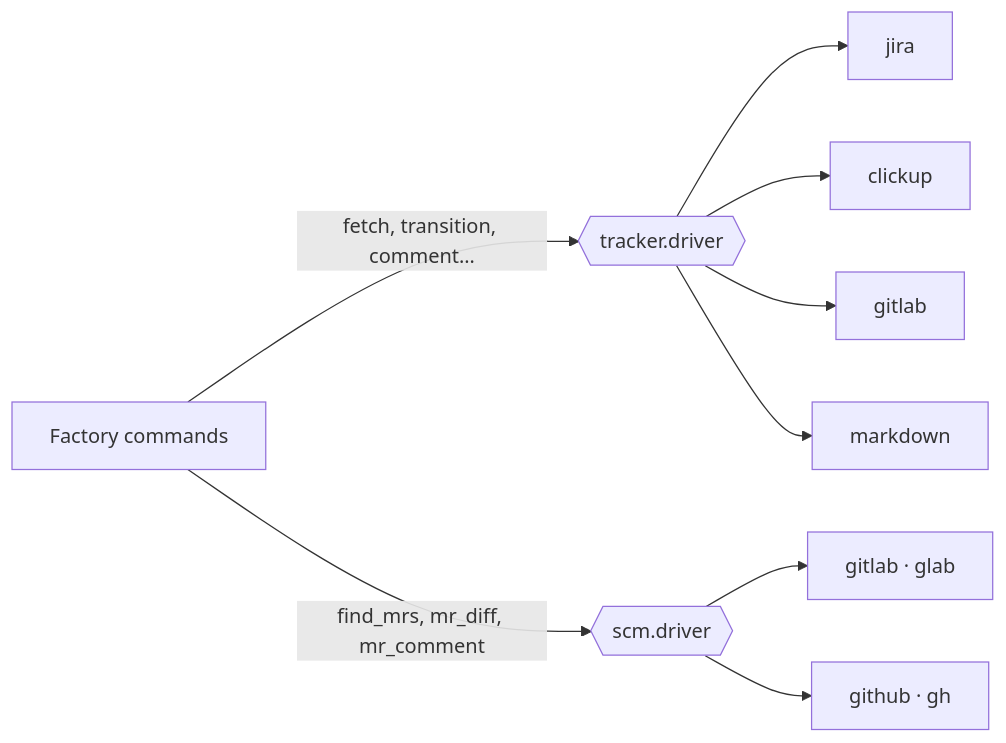
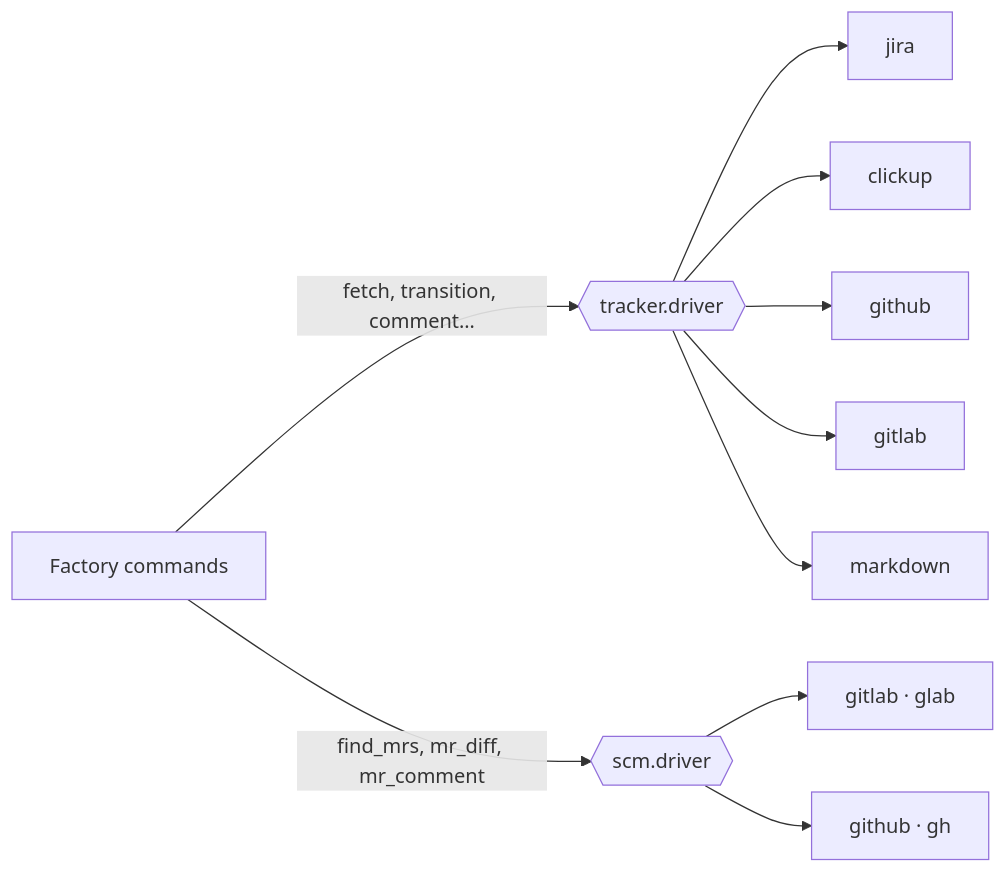
One commit to correaschneider/ai-factory changed the diagram in docs/concepts.en.md. Above: the diagram before and after it, drawn with Mermaid. The commit also changed other lines of this file and 22 other files, not shown here.

````diff
--- a/docs/concepts.en.md
+++ b/docs/concepts.en.md
@@ -40,11 +40,12 @@
 ```mermaid
 flowchart LR
     C[Factory commands] -->|fetch, transition, comment…| T{{tracker.driver}}
     C -->|find_mrs, mr_diff, mr_comment| S{{scm.driver}}
     T --> J[jira]
     T --> K[clickup]
+    T --> GI[github]
     T --> G[gitlab]
     T --> M[markdown]
     S --> GL[gitlab · glab]
     S --> GH[github · gh]
 ```
````
